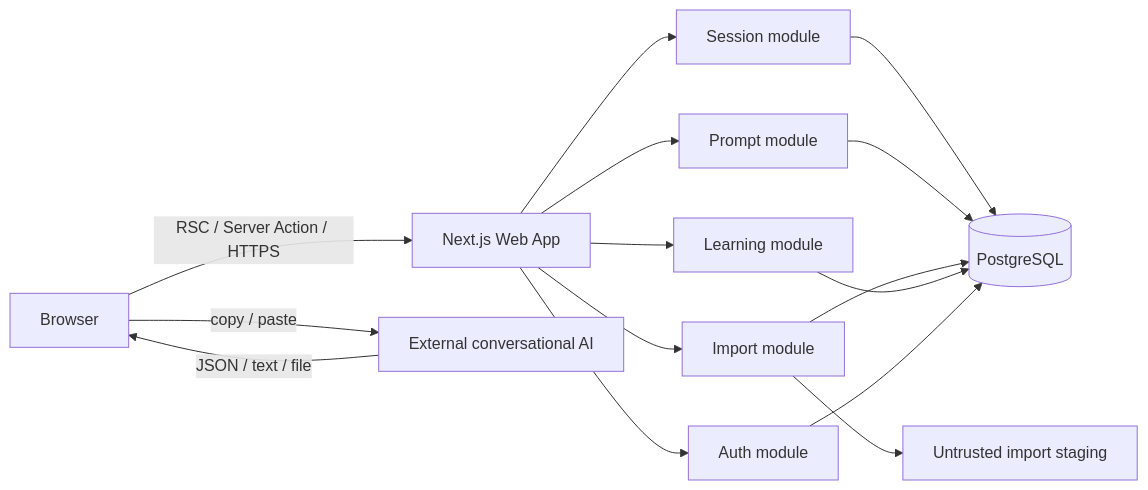
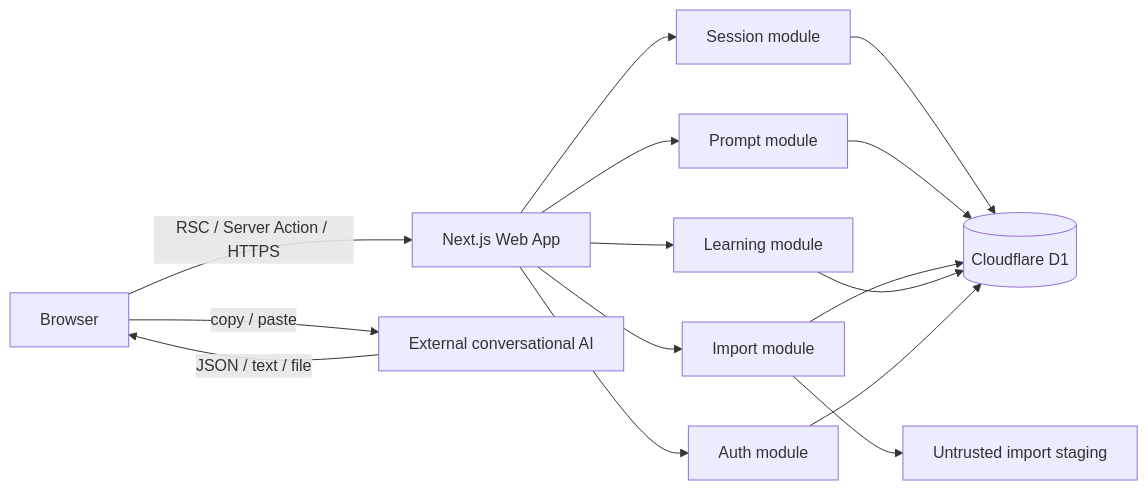
The first of 3 diagrams in docs/product-design.md (kanato-tk51/talk-craft), drawn with Mermaid before and after one commit. The commit also changed other lines of this file and 3 other files, not shown here.

````diff
--- a/docs/product-design.md
+++ b/docs/product-design.md
@@ -66,13 +66,13 @@
 ```mermaid
 flowchart LR
   U[Browser] -->|RSC / Server Action / HTTPS| W[Next.js Web App]
   W --> S[Session module]
   W --> P[Prompt module]
   W --> I[Import module]
   W --> L[Learning module]
   W --> A[Auth module]
-  S & P & I & L & A --> DB[(PostgreSQL)]
+  S & P & I & L & A --> DB[(Cloudflare D1)]
   I --> Q[Untrusted import staging]
   U -->|copy / paste| X[External conversational AI]
   X -->|JSON / text / file| U
 ```
````
